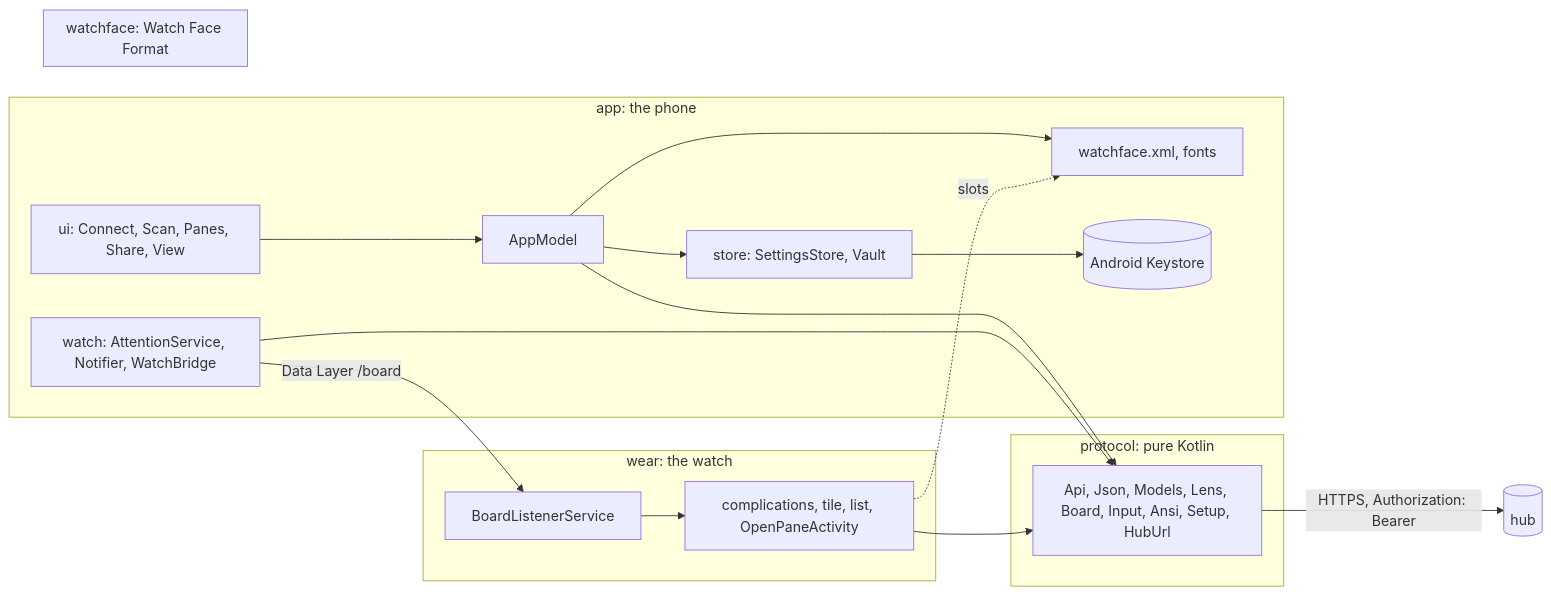
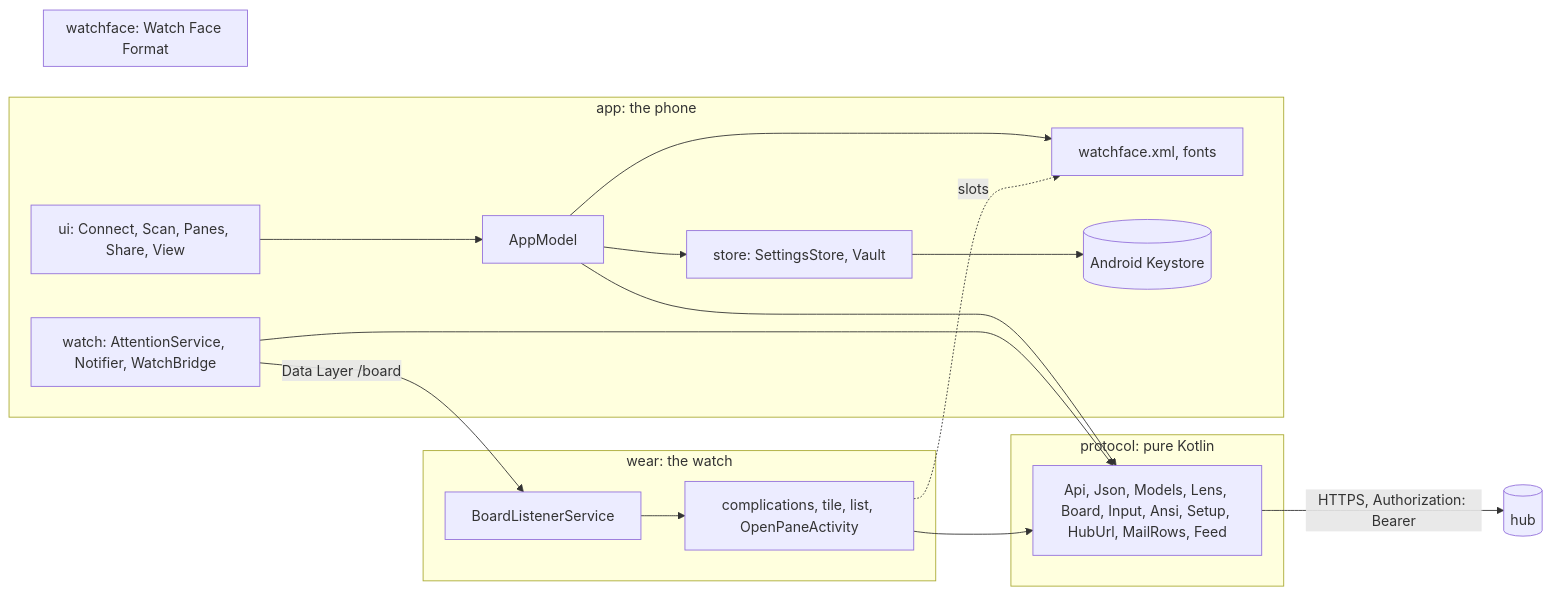
The first of 5 diagrams in docs/ARCHITECTURE.md (notmarkopadjen/muxway-android), drawn with Mermaid before and after one commit. The commit also changed other lines of this file and 7 other files, not shown here.

Commit message:
The mail feature page: the mail sheet and the messages sheet, their openers and their security; the pane view, the list, the inbox, the architecture, the testing page and the README say where mail is read; 0.20.0 (51)

````diff
--- a/docs/ARCHITECTURE.md
+++ b/docs/ARCHITECTURE.md
@@ -11,24 +11,24 @@
 ```mermaid
 flowchart LR
     subgraph protocol[protocol: pure Kotlin]
-        P[Api, Json, Models, Lens, Board, Input, Ansi, Setup, HubUrl]
+        P[Api, Json, Models, Lens, Board, Input, Ansi, Setup, HubUrl, MailRows, Feed]
     end
     subgraph app[app: the phone]
         UI[ui: Connect, Scan, Panes, Share, View] --> M[AppModel]
         M --> F[files: Attachments]
         M --> S[store: SettingsStore, Vault]
         S --> KS[(Android Keystore)]
         W[watch: AttentionService, Notifier, WatchBridge]
     end
     subgraph wear[wear: the watch]
         L[BoardListenerService] --> C[complications, tile, list, OpenPaneActivity]
     end
     subgraph watchface[watchface: Watch Face Format]
         F[watchface.xml, fonts]
     end
     M & W --> P
     C --> P
     P -- "HTTPS, Authorization: Bearer" --> H[(hub)]
     W -- "Data Layer /board" --> L
     C -. slots .-> F
 ```
````
